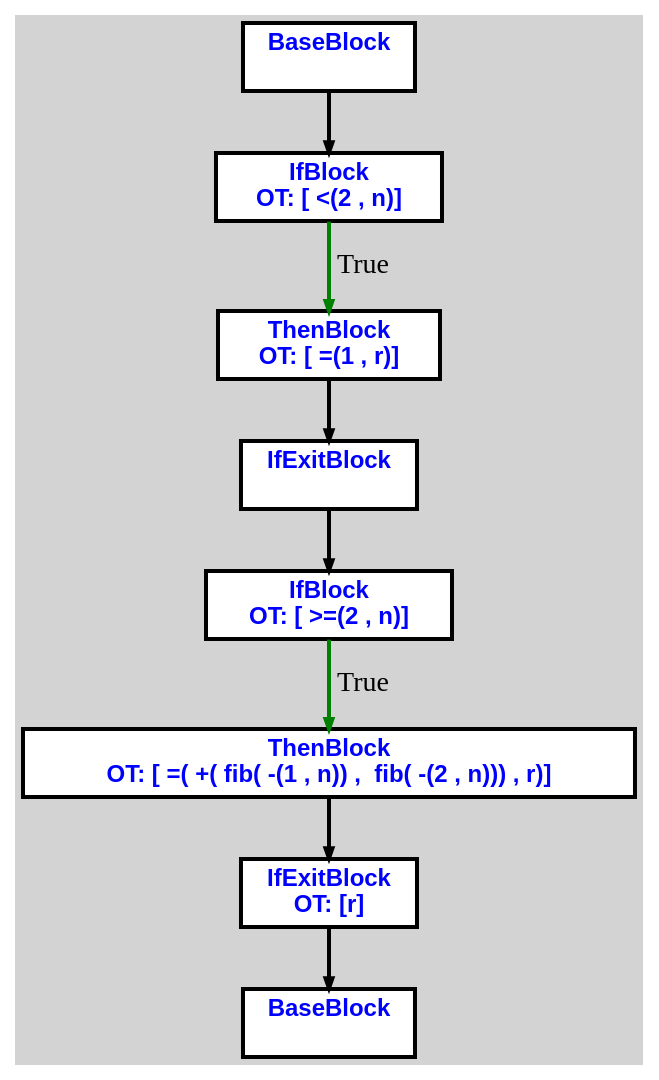
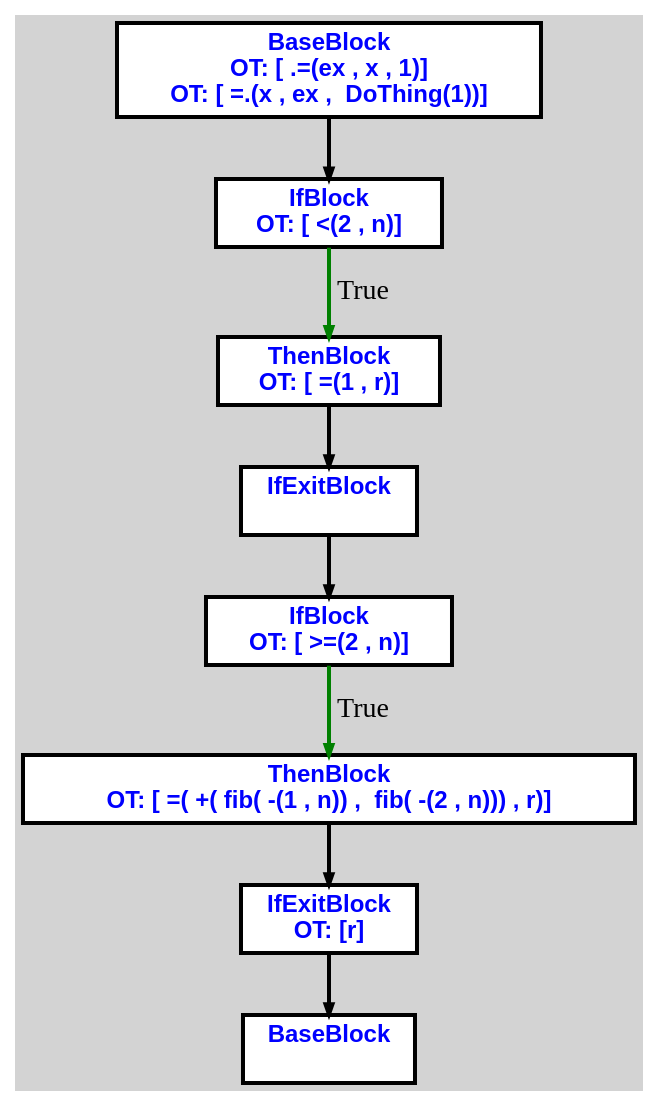
One commit to aveen007/CountingMonkeys changed the diagram in cpoCompilerWin/input2.txt.fib.dot. Above: the diagram before and after it, drawn with Graphviz. The commit also changed 16 other files, not shown here.

```diff
--- a/cpoCompilerWin/input2.txt.fib.dot
+++ b/cpoCompilerWin/input2.txt.fib.dot
@@ -1,27 +1,29 @@
 digraph G {
 ordering=out;
 ranksep=.4;
 bgcolor="lightgrey";  node [shape=box, fixedsize=false, fontsize=12, fontname="Helvetica-bold", fontcolor="blue"
 width=.25, height=.25, color="black", fillcolor="white", style="filled, solid, bold"];
 
-edge [arrowsize=.5, color="black", style="bold"]    n0000112828523320 [label="BaseBlock\n "]
-    n00001128285233E0 [label="IfBlock\n OT: [ <(2 , n)]
+edge [arrowsize=.5, color="black", style="bold"]    n000011B06D6237A0 [label="BaseBlock\n OT: [ .=(ex , x , 1)]
+OT: [ =.(x , ex ,  DoThing(1))]
 "]
-    n0000112828523320 -> n00001128285233E0
-    n00001128285233E0 -> n0000112828523440 [label="True" color="green"]
-    n0000112828523440 [label="ThenBlock\n OT: [ =(1 , r)]
+    n000011B06D6239E0 [label="IfBlock\n OT: [ <(2 , n)]
 "]
-    n00001128285234A0 [label="IfExitBlock\n "]
-    n0000112828523440 -> n00001128285234A0
-    n0000112828523500 [label="IfBlock\n OT: [ >=(2 , n)]
+    n000011B06D6237A0 -> n000011B06D6239E0
+    n000011B06D6239E0 -> n000011B06D623A40 [label="True" color="green"]
+    n000011B06D623A40 [label="ThenBlock\n OT: [ =(1 , r)]
 "]
-    n00001128285234A0 -> n0000112828523500
-    n0000112828523500 -> n0000112828523560 [label="True" color="green"]
-    n0000112828523560 [label="ThenBlock\n OT: [ =( +( fib( -(1 , n)) ,  fib( -(2 , n))) , r)]
+    n000011B06D623AA0 [label="IfExitBlock\n "]
+    n000011B06D623A40 -> n000011B06D623AA0
+    n000011B06D623B00 [label="IfBlock\n OT: [ >=(2 , n)]
 "]
-    n00001128285235C0 [label="IfExitBlock\n OT: [r]
+    n000011B06D623AA0 -> n000011B06D623B00
+    n000011B06D623B00 -> n000011B06D623B60 [label="True" color="green"]
+    n000011B06D623B60 [label="ThenBlock\n OT: [ =( +( fib( -(1 , n)) ,  fib( -(2 , n))) , r)]
 "]
-    n0000112828523560 -> n00001128285235C0
-    n0000112828523620 [label="BaseBlock\n "]
-    n00001128285235C0 -> n0000112828523620
+    n000011B06D623BC0 [label="IfExitBlock\n OT: [r]
+"]
+    n000011B06D623B60 -> n000011B06D623BC0
+    n000011B06D623C20 [label="BaseBlock\n "]
+    n000011B06D623BC0 -> n000011B06D623C20
 }
```
